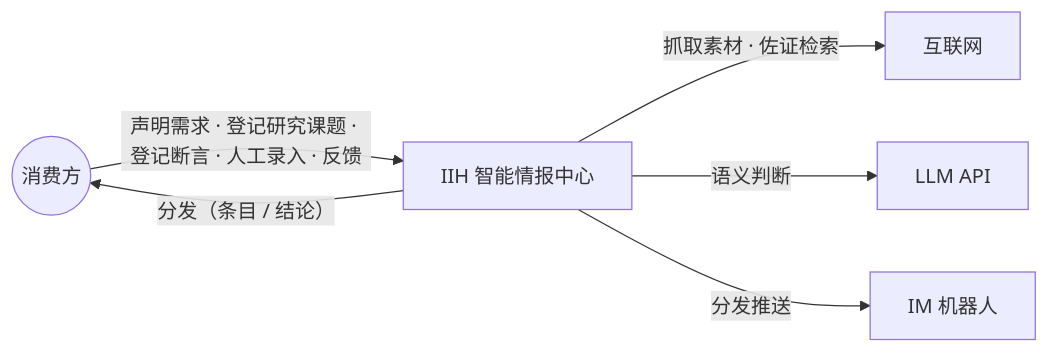
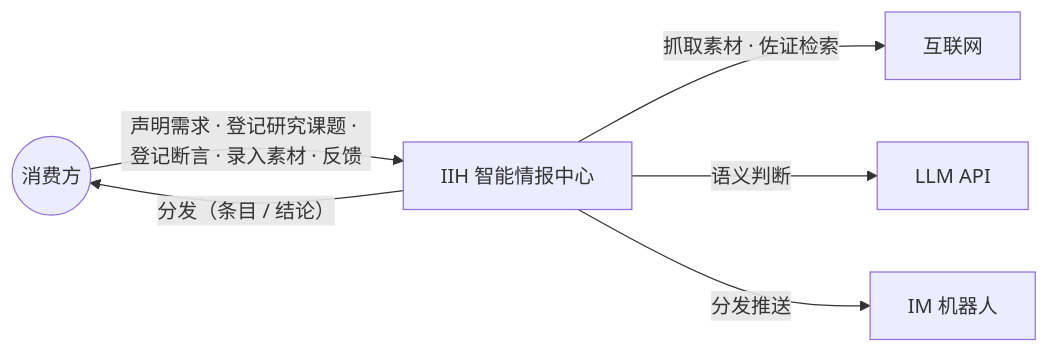
Before and after one commit to leoricmaster/iih: the first of 3 diagrams in backlog/docs/doc-05 - 技术架构-Technical-Architecture.md, drawn with Mermaid. The commit also changed 9 other files, not shown here.

````diff
--- a/backlog/docs/doc-05 - 技术架构-Technical-Architecture.md
+++ b/backlog/docs/doc-05 - 技术架构-Technical-Architecture.md
@@ -27,14 +27,14 @@
 ```mermaid
 flowchart LR
     U((消费方))
     IIH[IIH 智能情报中心]
     WEB[互联网]
     LLM[LLM API]
     PUSH[IM 机器人]
 
-    U -->|声明需求 · 登记研究课题 · 登记断言 · 人工录入 · 反馈| IIH
+    U -->|声明需求 · 登记研究课题 · 登记断言 · 录入素材 · 反馈| IIH
     IIH -->|分发（条目 / 结论）| U
     IIH -->|抓取素材 · 佐证检索| WEB
     IIH -->|语义判断| LLM
     IIH -->|分发推送| PUSH
 ```
````
